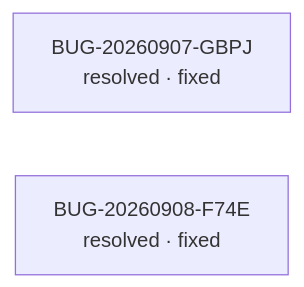
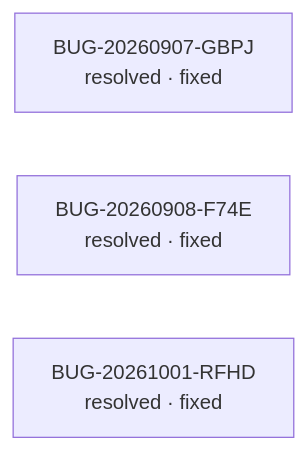
The diagram in _reversa_bugs/emissao-documentos-pdf/generated/graph.md (afsjr/secretaria_escola_csm), drawn with Mermaid before and after one commit. The commit also changed other lines of this file and 30 other files, not shown here.

````diff
--- a/_reversa_bugs/emissao-documentos-pdf/generated/graph.md
+++ b/_reversa_bugs/emissao-documentos-pdf/generated/graph.md
@@ -7,5 +7,6 @@
 ```mermaid
 graph LR
     B1["BUG-20260907-GBPJ<br/>resolved · fixed"]
     B2["BUG-20260908-F74E<br/>resolved · fixed"]
+    B4["BUG-20261001-RFHD<br/>resolved · fixed"]
 ```
````
